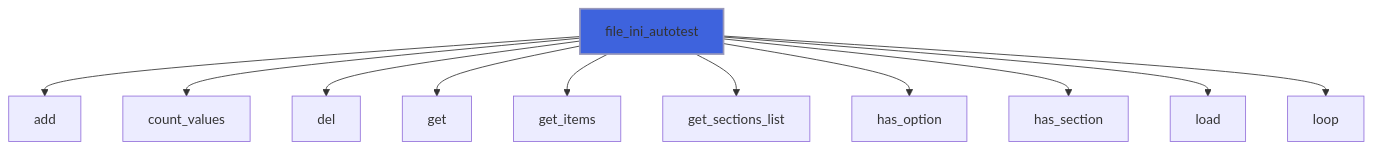
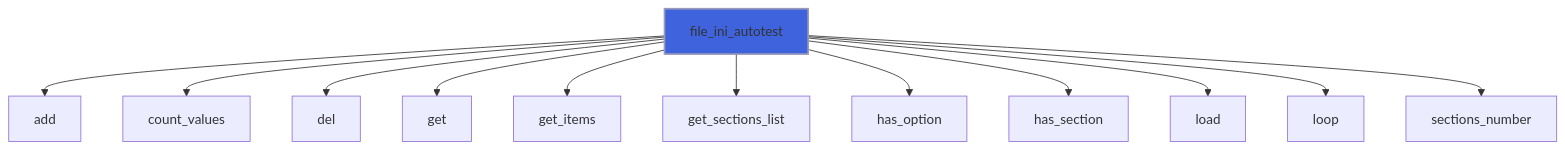
Before and after one commit to szaghi/FiNeR: diagram 16 of 24 in docs/api/src/lib/finer_file_ini_t.md, drawn with Mermaid. The commit also changed other lines of this file and 199 other files, not shown here.

````diff
--- a/docs/api/src/lib/finer_file_ini_t.md
+++ b/docs/api/src/lib/finer_file_ini_t.md
@@ -552,14 +634,15 @@
 ```mermaid
 flowchart TD
   file_ini_autotest["file_ini_autotest"] --> add["add"]
   file_ini_autotest["file_ini_autotest"] --> count_values["count_values"]
   file_ini_autotest["file_ini_autotest"] --> del["del"]
   file_ini_autotest["file_ini_autotest"] --> get["get"]
   file_ini_autotest["file_ini_autotest"] --> get_items["get_items"]
   file_ini_autotest["file_ini_autotest"] --> get_sections_list["get_sections_list"]
   file_ini_autotest["file_ini_autotest"] --> has_option["has_option"]
   file_ini_autotest["file_ini_autotest"] --> has_section["has_section"]
   file_ini_autotest["file_ini_autotest"] --> load["load"]
   file_ini_autotest["file_ini_autotest"] --> loop["loop"]
+  file_ini_autotest["file_ini_autotest"] --> sections_number["sections_number"]
   style file_ini_autotest fill:#3e63dd,stroke:#99b,stroke-width:2px
 ```
````
